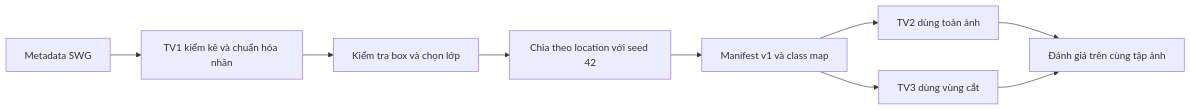
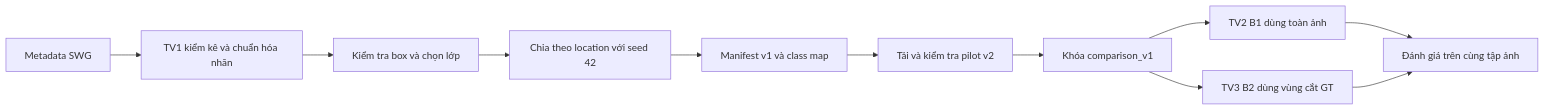
Before and after one commit to huyryan220806/Camera-Trap-ML: the first of 2 diagrams in docs/architecture.md, drawn with Mermaid. The commit also changed other lines of this file and 13 other files, not shown here.

````diff
--- a/docs/architecture.md
+++ b/docs/architecture.md
@@ -24,11 +29,13 @@
 ```mermaid
 flowchart LR
   A[Metadata SWG] --> B[TV1 kiểm kê và chuẩn hóa nhãn]
   B --> C[Kiểm tra box và chọn lớp]
   C --> D[Chia theo location với seed 42]
   D --> E[Manifest v1 và class map]
-  E --> F[TV2 dùng toàn ảnh]
-  E --> G[TV3 dùng vùng cắt]
+  E --> V[Tải và kiểm tra pilot v2]
+  V --> W[Khóa comparison_v1]
+  W --> F[TV2 B1 dùng toàn ảnh]
+  W --> G[TV3 B2 dùng vùng cắt GT]
   F --> H[Đánh giá trên cùng tập ảnh]
   G --> H
 ```
````
